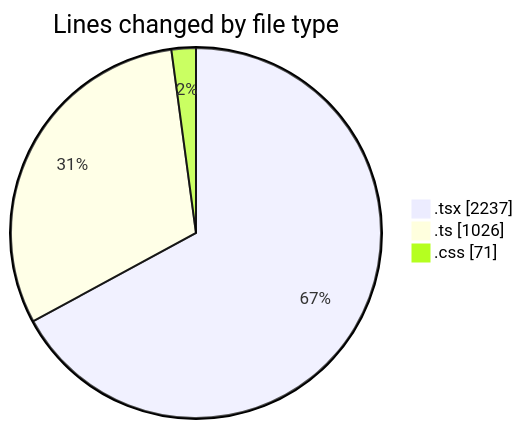
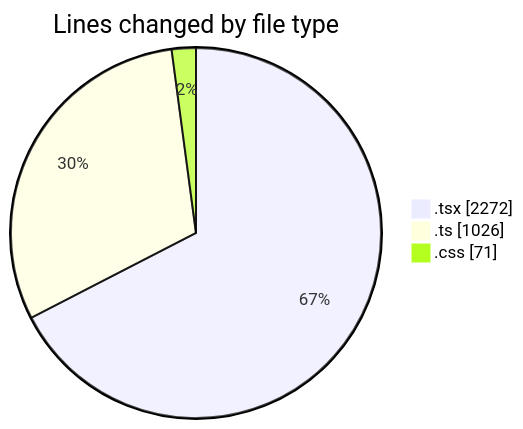
Before and after one commit to robertbonfada/code-tracking: the first of 2 diagrams in 2025-01-27/mbc-web/README.md, drawn with Mermaid. The commit also changed other lines of this file and 1 other file, not shown here.

````diff
--- a/2025-01-27/mbc-web/README.md
+++ b/2025-01-27/mbc-web/README.md
@@ -30,7 +30,7 @@
 ```mermaid
 pie showData
 title Lines changed by file type
-".tsx" : 2237
+".tsx" : 2272
 ".ts" : 1026
 ".css" : 71
 ```
````
